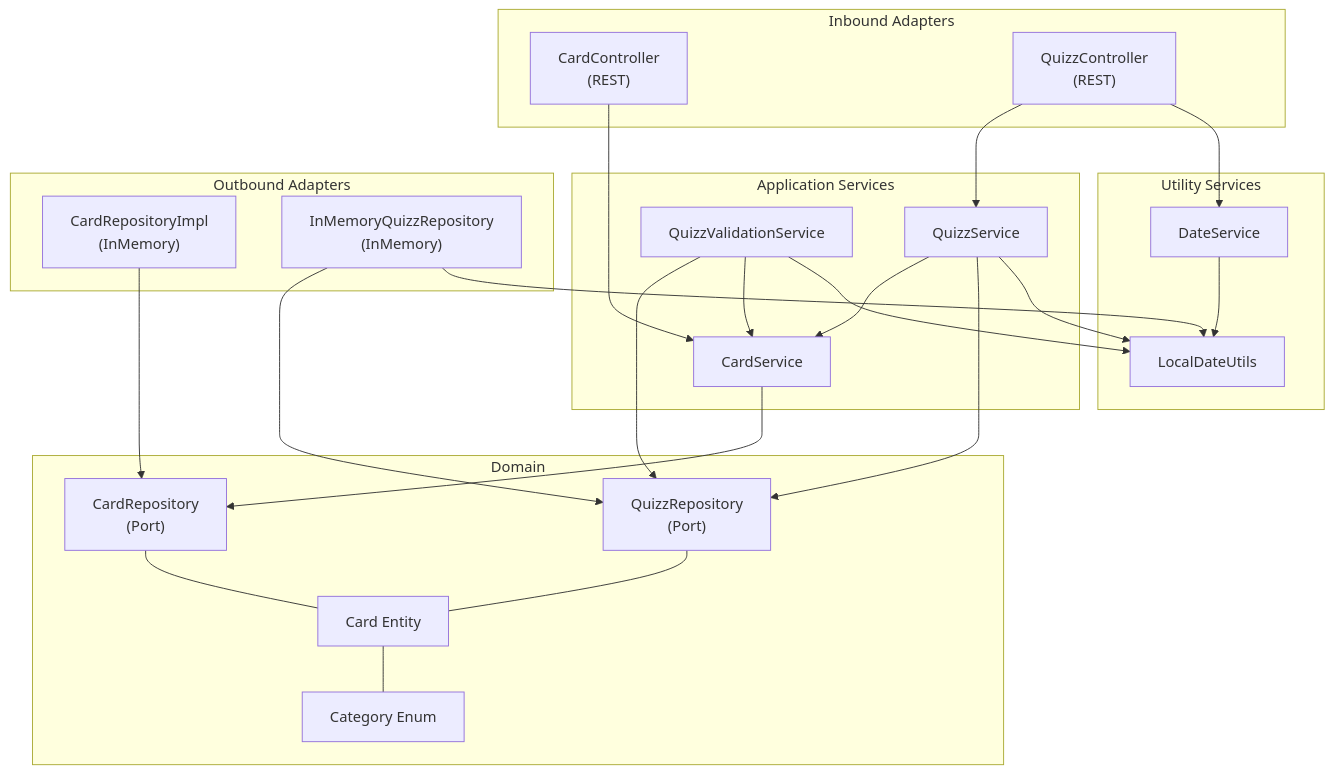
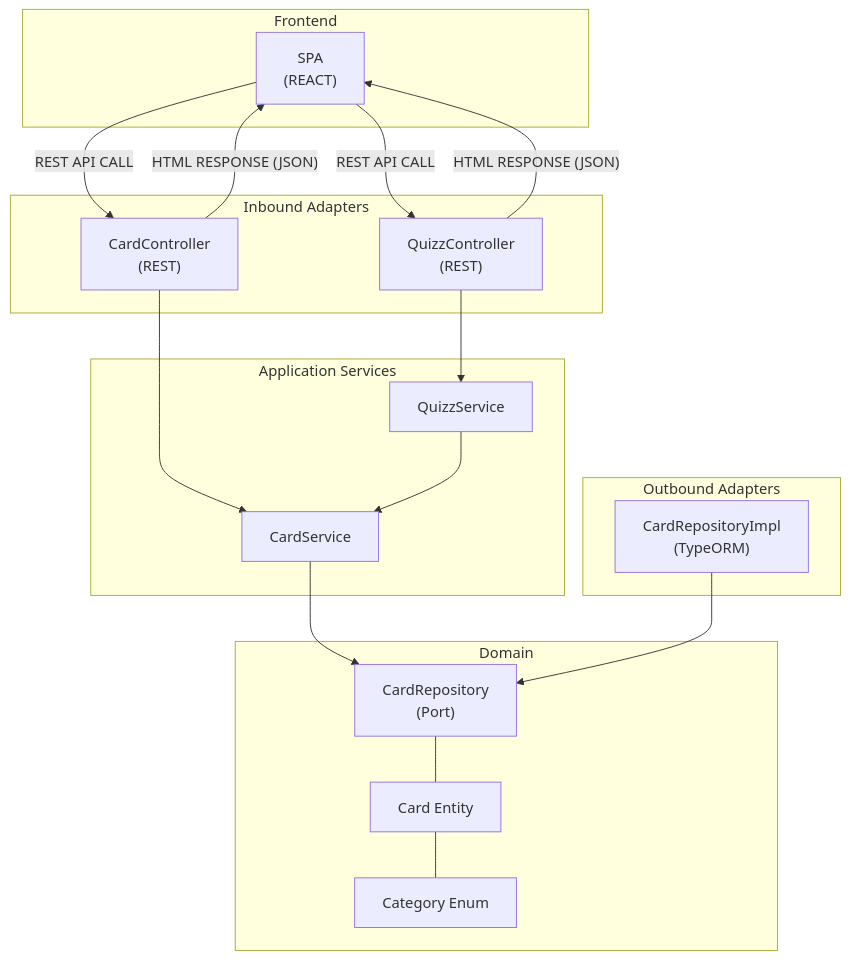
Before and after one commit to Mil0w0/anki-remastered-for-cloud: the diagram in anki-remastered-api/README.md, drawn with Mermaid.

Commit message:
Update README.md with frontend

````diff
--- a/anki-remastered-api/README.md
+++ b/anki-remastered-api/README.md
@@ -73,56 +73,46 @@
 ```mermaid
 flowchart TD
+
+%% Frontend
+    subgraph Frontend [Frontend]
+        SPA["SPA<br/>(REACT)"]
+    end
+
 %% Inbound Adapters (Controllers)
     subgraph Inbound_Adapters [Inbound Adapters]
         CC["CardController<br/>(REST)"]
         QC["QuizzController<br/>(REST)"]
     end
 
 %% Application Services
     subgraph Application_Services [Application Services]
         CS[CardService]
         QS[QuizzService]
-        QVS[QuizzValidationService]
     end
 
 %% Domain Layer (Core Business Logic)
     subgraph Domain [Domain]
         CE[Card Entity]
         CAT[Category Enum]
         CRP["CardRepository<br/>(Port)"]
-        QRP["QuizzRepository<br/>(Port)"]
     end
 
-%% Utility Services
-    subgraph Utils [Utility Services]
-        LU["LocalDateUtils"]
-        DS["DateService"]
-    end
-    
 %% Outbound Adapters (Persistence, etc.)
     subgraph Outbound_Adapters [Outbound Adapters]
-        CRI["CardRepositoryImpl<br/>(InMemory)"]
-        QRI["InMemoryQuizzRepository<br/>(InMemory)"]
+        CRI["CardRepositoryImpl<br/> (TypeORM)"]
     end
-    
+
 %% Connections
     CC --> CS
     QC --> QS
     QS --> CS
-    QS --> QRP
-    QVS --> QRP
-    QVS --> CS
     CS --> CRP
     CRI --> CRP
-    QRI --> QRP
+    SPA -- REST API CALL --> CC
+    SPA -- REST API CALL --> QC
+    QC -- HTML RESPONSE (JSON) --> SPA
+    CC -- HTML RESPONSE (JSON) --> SPA
 %% Domain internal relationships
     CRP --- CE
-    QRP --- CE
     CE --- CAT
-%% Utility Connections
-    QS --> LU
-    QVS --> LU
-    QRI --> LU
-    DS --> LU
-    QC --> DS
 ```
````
